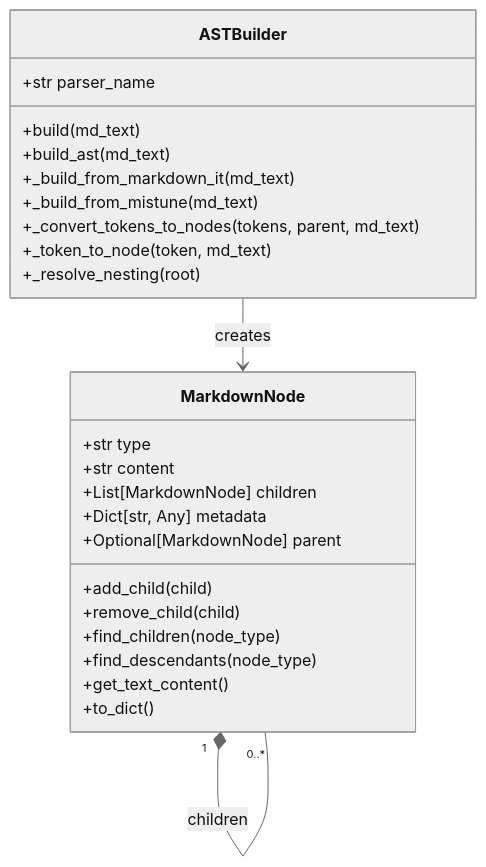
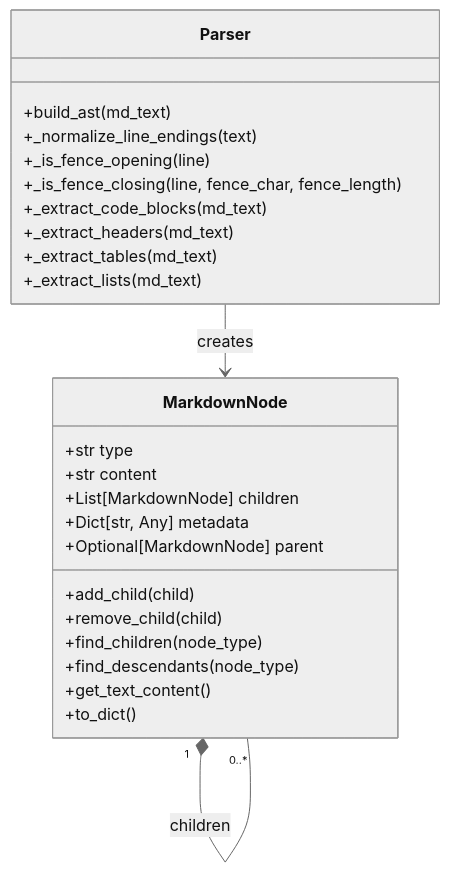
One commit to asukhodko/dify-markdown-chunker changed the second of 7 diagrams in .qoder/repowiki/en/content/Core Concepts/Parsing and Content Analysis.md. Above: the diagram before and after it, drawn with Mermaid (neutral theme). The commit also changed other lines of this file and 15 other files, not shown here.

First line of the commit message:
docs(parser): enhance nested code block parsing and update documentation

````diff
--- a/.qoder/repowiki/en/content/Core Concepts/Parsing and Content Analysis.md
+++ b/.qoder/repowiki/en/content/Core Concepts/Parsing and Content Analysis.md
@@ -47,28 +56,28 @@
 ```mermaid
 classDiagram
 class MarkdownNode {
 +str type
 +str content
 +List[MarkdownNode] children
 +Dict[str, Any] metadata
 +Optional[MarkdownNode] parent
 +add_child(child)
 +remove_child(child)
 +find_children(node_type)
 +find_descendants(node_type)
 +get_text_content()
 +to_dict()
 }
-class ASTBuilder {
-+str parser_name
-+build(md_text)
+class Parser {
 +build_ast(md_text)
-+_build_from_markdown_it(md_text)
-+_build_from_mistune(md_text)
-+_convert_tokens_to_nodes(tokens, parent, md_text)
-+_token_to_node(token, md_text)
-+_resolve_nesting(root)
++_normalize_line_endings(text)
++_is_fence_opening(line)
++_is_fence_closing(line, fence_char, fence_length)
++_extract_code_blocks(md_text)
++_extract_headers(md_text)
++_extract_tables(md_text)
++_extract_lists(md_text)
 }
 MarkdownNode "1" *-- "0..*" MarkdownNode : children
-ASTBuilder --> MarkdownNode : creates
+Parser --> MarkdownNode : creates
 ```
````
